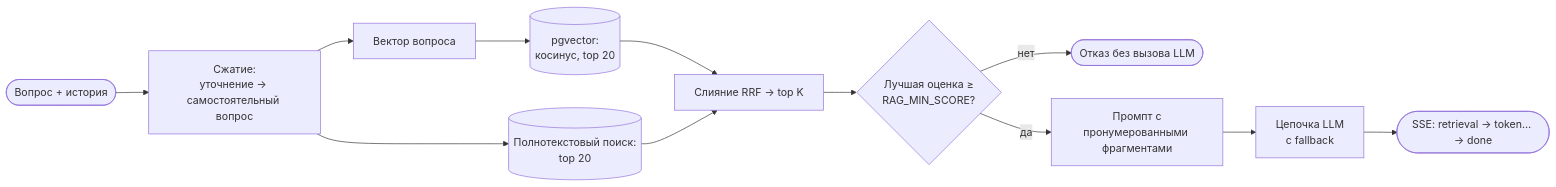
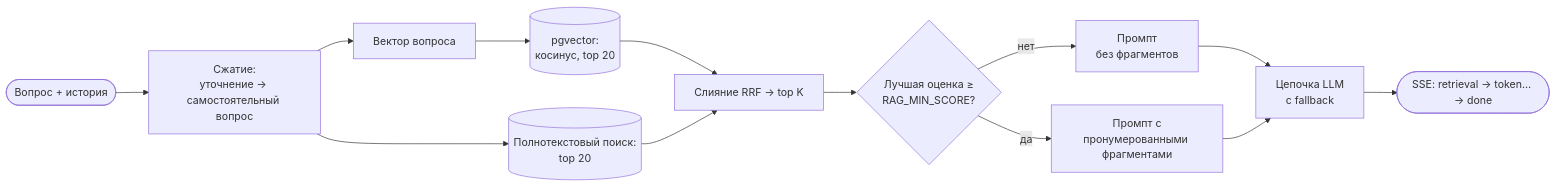
The diagram in README.ru.md (Askar-Turanazarov/SkyDental-RAG), drawn with Mermaid before and after one commit. The commit also changed other lines of this file and 2 other files, not shown here.

Commit message:
Update README for new assistant flow

````diff
--- a/README.ru.md
+++ b/README.ru.md
@@ -61,14 +61,15 @@
 ```mermaid
 flowchart LR
   Q([Вопрос + история]) --> C[Сжатие:<br/>уточнение → самостоятельный вопрос]
   C --> E[Вектор вопроса]
   E --> V[(pgvector:<br/>косинус, top 20)]
   C --> K[(Полнотекстовый поиск:<br/>top 20)]
   V --> R[Слияние RRF → top K]
   K --> R
   R --> T{Лучшая оценка ≥<br/>RAG_MIN_SCORE?}
-  T -- нет --> X([Отказ без вызова LLM])
+  T -- нет --> X[Промпт<br/>без фрагментов]
   T -- да --> P[Промпт с<br/>пронумерованными фрагментами]
+  X --> L
   P --> L[Цепочка LLM<br/>с fallback]
   L --> S([SSE: retrieval → token… → done])
 ```
````
